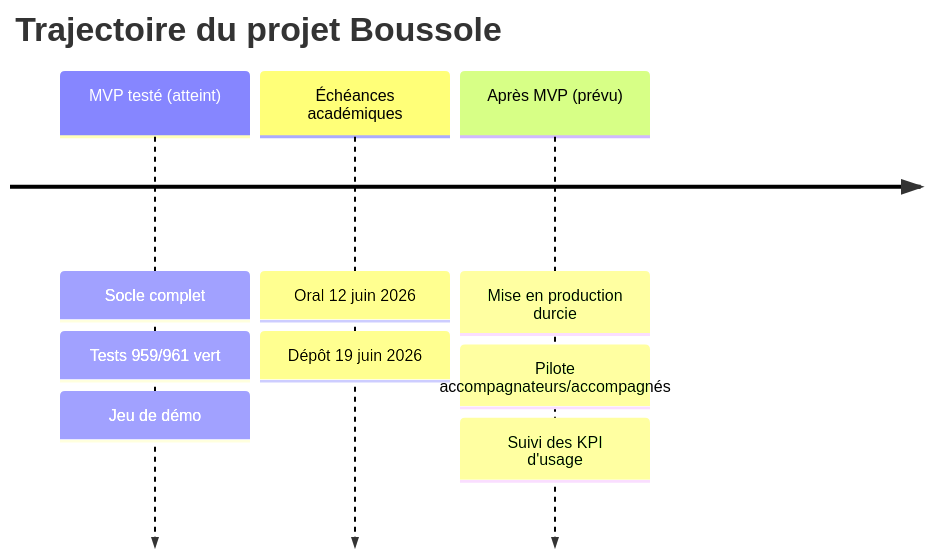
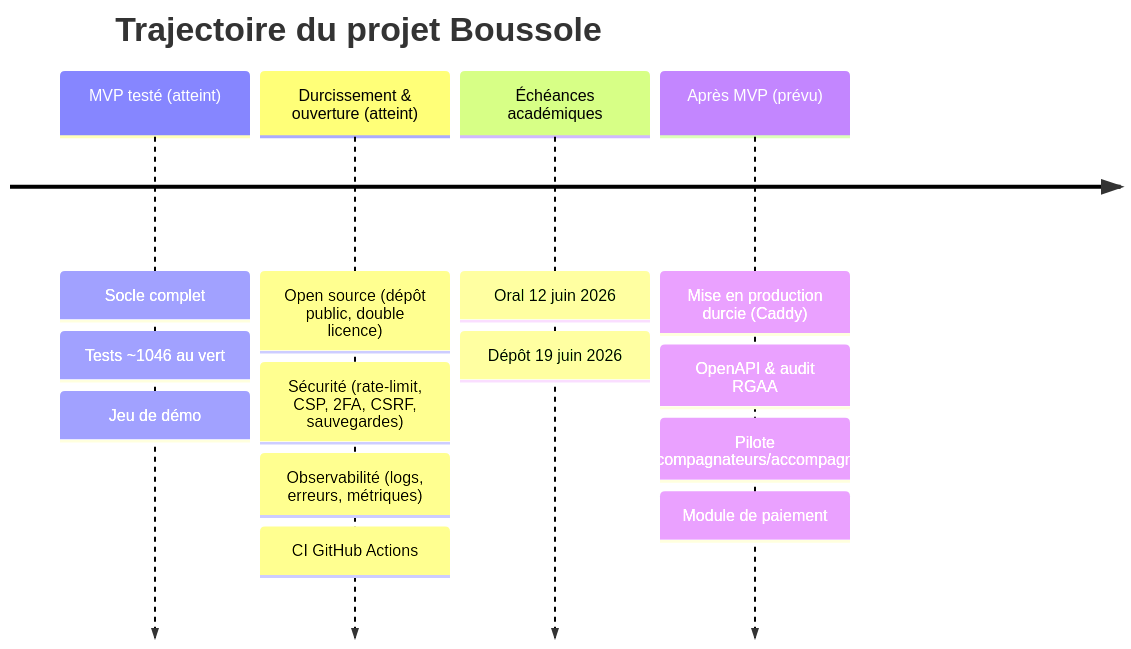
Before and after one commit to melafrit/FAD130_accompagnement_pro: the fourth of 4 diagrams in app/api/src/wiki/content/executive-summary.md, drawn with Mermaid. The commit also changed other lines of this file and 14 other files, not shown here.

````diff
--- a/app/api/src/wiki/content/executive-summary.md
+++ b/app/api/src/wiki/content/executive-summary.md
@@ -187,7 +216,8 @@
 ```mermaid
 timeline
     title Trajectoire du projet Boussole
-    MVP testé (atteint) : Socle complet : Tests 959/961 vert : Jeu de démo
+    MVP testé (atteint) : Socle complet : Tests ~1046 au vert : Jeu de démo
+    Durcissement & ouverture (atteint) : Open source (dépôt public, double licence) : Sécurité (rate-limit, CSP, 2FA, CSRF, sauvegardes) : Observabilité (logs, erreurs, métriques) : CI GitHub Actions
     Échéances académiques : Oral 12 juin 2026 : Dépôt 19 juin 2026
-    Après MVP (prévu) : Mise en production durcie : Pilote accompagnateurs/accompagnés : Suivi des KPI d'usage
+    Après MVP (prévu) : Mise en production durcie (Caddy) : OpenAPI & audit RGAA : Pilote accompagnateurs/accompagnés : Module de paiement
 ```
````
